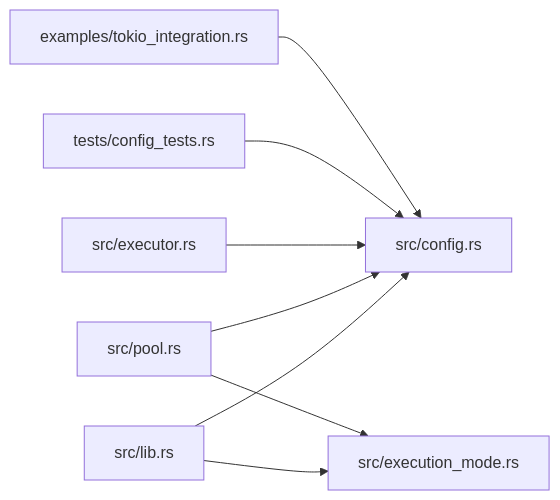
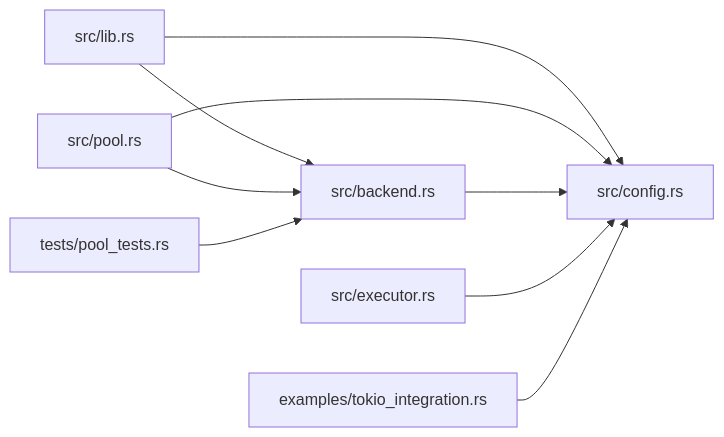
The fifth of 5 diagrams in .qoder/repowiki/zh/content/核心 API 参考/配置 API.md (xcry2006/execute), drawn with Mermaid before and after one commit. The commit also changed other lines of this file and 9 other files, not shown here.

````diff
--- a/.qoder/repowiki/zh/content/核心 API 参考/配置 API.md
+++ b/.qoder/repowiki/zh/content/核心 API 参考/配置 API.md
@@ -299,10 +390,11 @@
 ```mermaid
 graph LR
 Lib["src/lib.rs"] --> Config["src/config.rs"]
-Lib --> ExecMode["src/execution_mode.rs"]
-Pool["src/pool.rs"] --> ExecMode
+Lib --> Backend["src/backend.rs"]
+Pool["src/pool.rs"] --> Backend
 Pool --> Config
+Backend --> Config
 Exec["src/executor.rs"] --> Config
-Tests["tests/config_tests.rs"] --> Config
+Tests["tests/pool_tests.rs"] --> Backend
 Examples["examples/tokio_integration.rs"] --> Config
 ```
````
